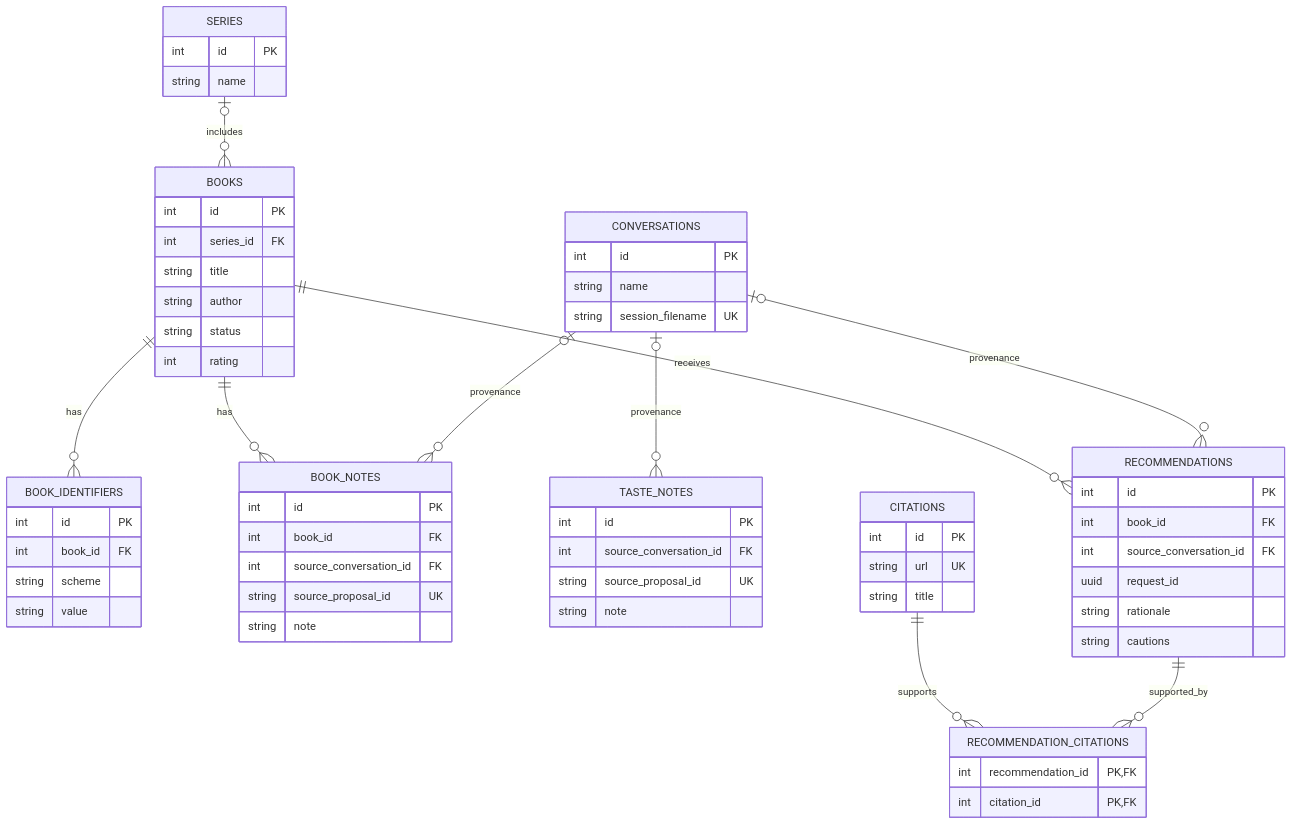
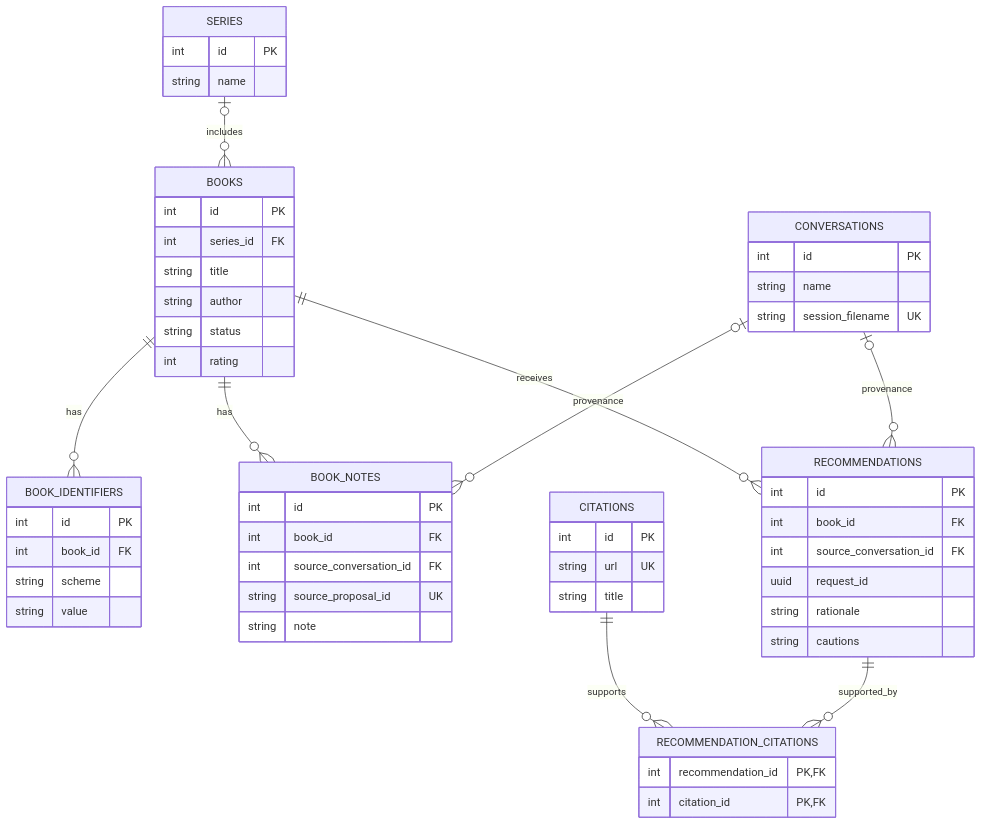
The diagram in docs/superpowers/specs/2026-08-29-book-explorer-design.md (kthorn/book-explorer), drawn with Mermaid before and after one commit. The commit also changed other lines of this file and 1 other file, not shown here.

Commit message:
docs: defer shared taste profile

````diff
--- a/docs/superpowers/specs/2026-08-29-book-explorer-design.md
+++ b/docs/superpowers/specs/2026-08-29-book-explorer-design.md
@@ -93,66 +91,59 @@
 ```mermaid
 erDiagram
     CONVERSATIONS {
         int id PK
         string name
         string session_filename UK
     }
     BOOKS {
         int id PK
         int series_id FK
         string title
         string author
         string status
         int rating
     }
     BOOK_IDENTIFIERS {
         int id PK
         int book_id FK
         string scheme
         string value
     }
     BOOK_NOTES {
         int id PK
         int book_id FK
         int source_conversation_id FK
         string source_proposal_id UK
         string note
     }
-    TASTE_NOTES {
-        int id PK
-        int source_conversation_id FK
-        string source_proposal_id UK
-        string note
-    }
     RECOMMENDATIONS {
         int id PK
         int book_id FK
         int source_conversation_id FK
         uuid request_id
         string rationale
         string cautions
     }
     CITATIONS {
         int id PK
         string url UK
         string title
     }
     RECOMMENDATION_CITATIONS {
         int recommendation_id PK,FK
         int citation_id PK,FK
     }
     SERIES {
         int id PK
         string name
     }
 
     CONVERSATIONS o|--o{ BOOK_NOTES : provenance
-    CONVERSATIONS o|--o{ TASTE_NOTES : provenance
     CONVERSATIONS o|--o{ RECOMMENDATIONS : provenance
     SERIES o|--o{ BOOKS : includes
     BOOKS ||--o{ BOOK_IDENTIFIERS : has
     BOOKS ||--o{ BOOK_NOTES : has
     BOOKS ||--o{ RECOMMENDATIONS : receives
     RECOMMENDATIONS ||--o{ RECOMMENDATION_CITATIONS : supported_by
     CITATIONS ||--o{ RECOMMENDATION_CITATIONS : supports
 ```
````
